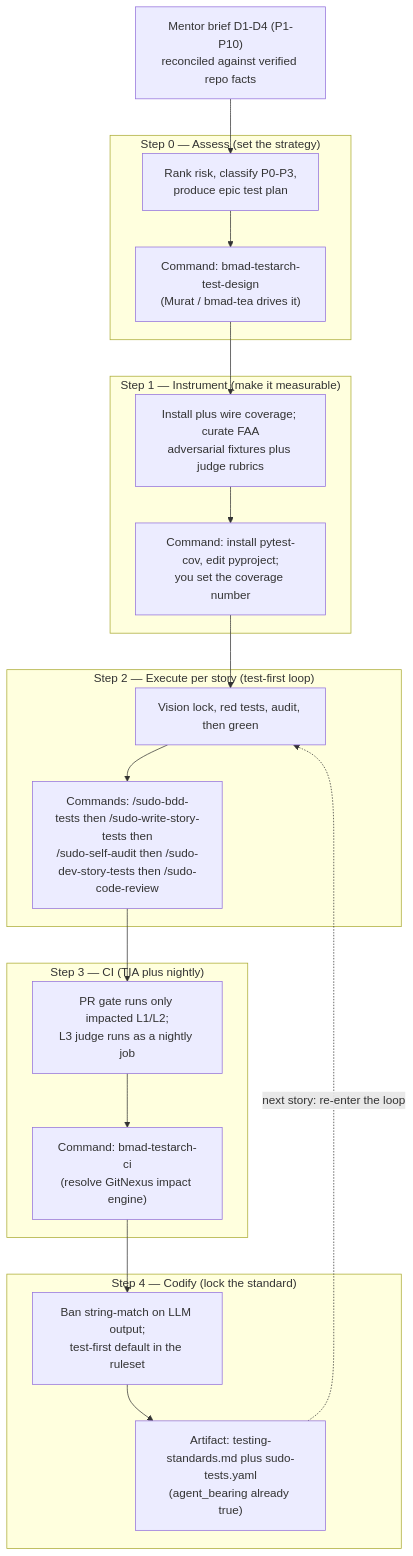
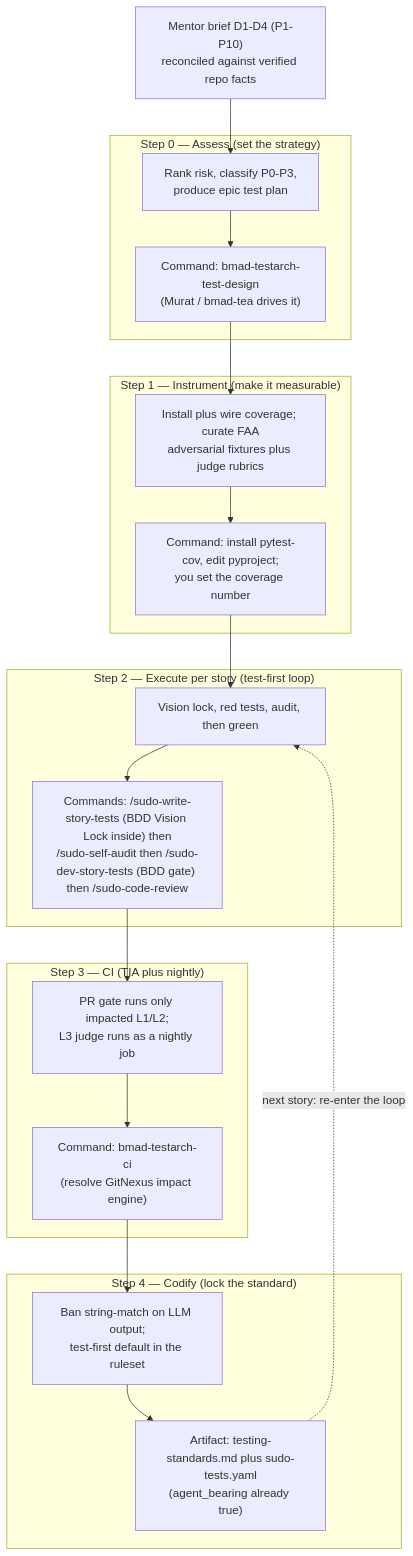
The first of 12 diagrams in _my_resources/diagrams_guides/workflows_tea_testing/tea_testing_guide.md (sudomadhatter/Sudo_Hatter_Command), drawn with Mermaid before and after one commit. The commit also changed other lines of this file and 18 other files, not shown here.

Commit message:
feat: add new CLI commands and workflow orchestration files for BDD-based story development and sprint maintenance

````diff
--- a/_my_resources/diagrams_guides/workflows_tea_testing/tea_testing_guide.md
+++ b/_my_resources/diagrams_guides/workflows_tea_testing/tea_testing_guide.md
@@ -146,40 +146,40 @@
 ```mermaid
 flowchart TD
     Start["Mentor brief D1-D4 (P1-P10)\nreconciled against verified repo facts"] --> Assess
 
     subgraph S0 ["Step 0 — Assess (set the strategy)"]
         Assess["Rank risk, classify P0-P3,\nproduce epic test plan"]
         AssessCmd["Command: bmad-testarch-test-design\n(Murat / bmad-tea drives it)"]
         Assess --> AssessCmd
     end
 
     subgraph S1 ["Step 1 — Instrument (make it measurable)"]
         Instr["Install plus wire coverage; curate FAA\nadversarial fixtures plus judge rubrics"]
         InstrCmd["Command: install pytest-cov, edit pyproject;\nyou set the coverage number"]
         Instr --> InstrCmd
     end
 
     subgraph S2 ["Step 2 — Execute per story (test-first loop)"]
         Exec["Vision lock, red tests, audit, then green"]
-        ExecCmd["Commands: /sudo-bdd-tests then /sudo-write-story-tests then\n/sudo-self-audit then /sudo-dev-story-tests then /sudo-code-review"]
+        ExecCmd["Commands: /sudo-write-story-tests (BDD Vision Lock inside) then\n/sudo-self-audit then /sudo-dev-story-tests (BDD gate) then /sudo-code-review"]
         Exec --> ExecCmd
     end
 
     subgraph S3 ["Step 3 — CI (TIA plus nightly)"]
         CI["PR gate runs only impacted L1/L2;\nL3 judge runs as a nightly job"]
         CICmd["Command: bmad-testarch-ci\n(resolve GitNexus impact engine)"]
         CI --> CICmd
     end
 
     subgraph S4 ["Step 4 — Codify (lock the standard)"]
         Codify["Ban string-match on LLM output;\ntest-first default in the ruleset"]
         CodifyCmd["Artifact: testing-standards.md plus sudo-tests.yaml\n(agent_bearing already true)"]
         Codify --> CodifyCmd
     end
 
     AssessCmd --> Instr
     InstrCmd --> Exec
     ExecCmd --> CI
     CICmd --> Codify
     CodifyCmd -.->|"next story: re-enter the loop"| Exec
 ```
````
